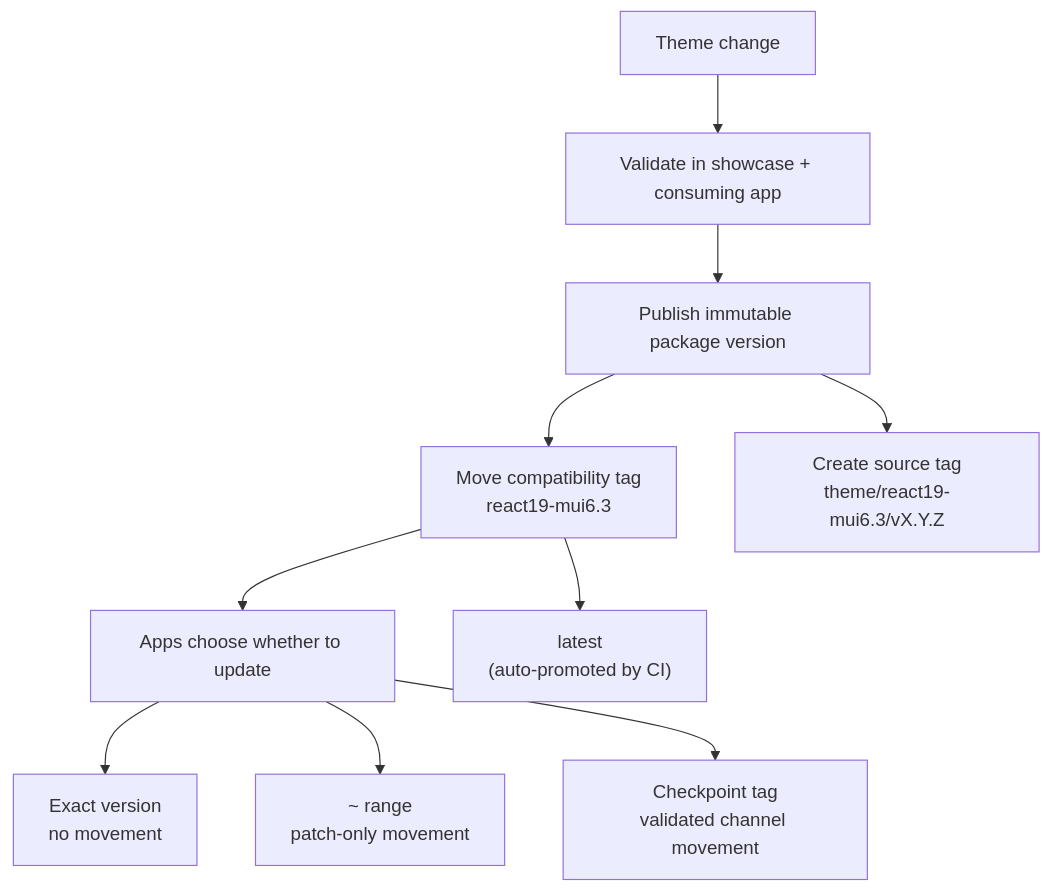
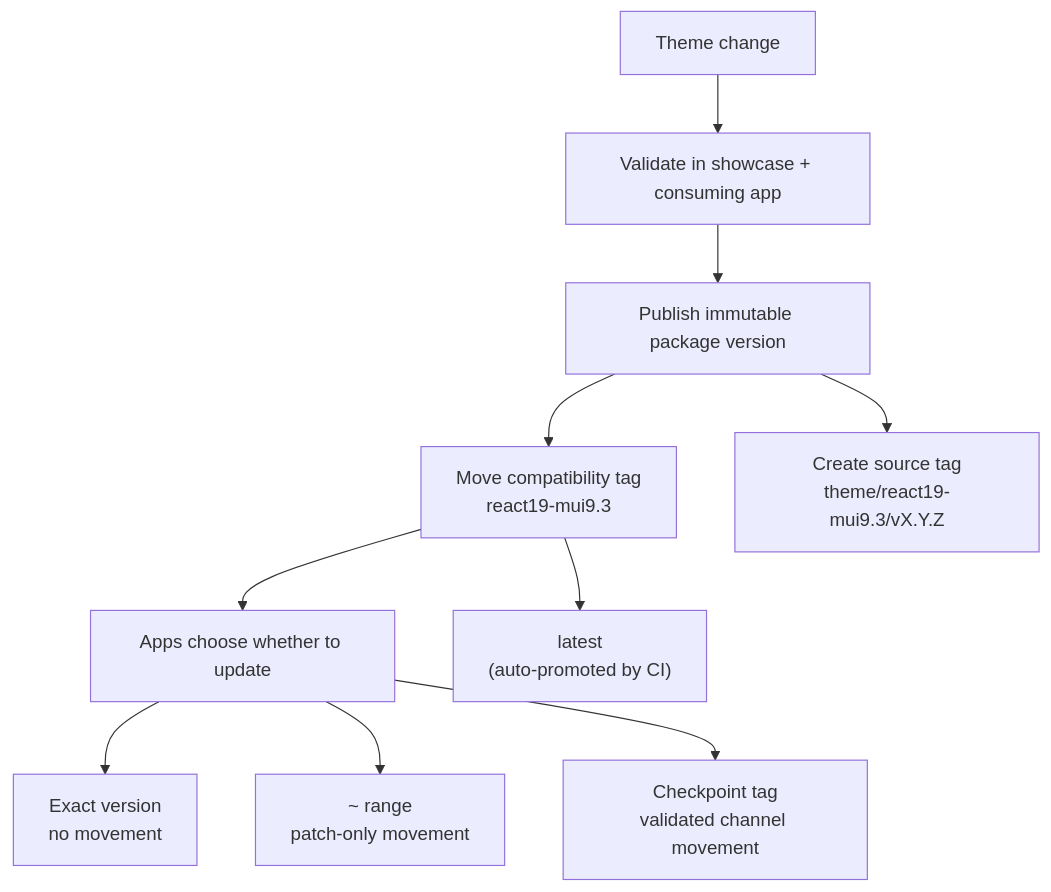
Before and after one commit to inRiver/inflow-react: the first of 2 diagrams in docs/VERSIONING.md, drawn with Mermaid. The commit also changed other lines of this file and 6 other files, not shown here.

````diff
--- a/docs/VERSIONING.md
+++ b/docs/VERSIONING.md
@@ -10,12 +10,12 @@
 ```mermaid
 flowchart TB
   Change["Theme change"] --> Validate["Validate in showcase + consuming app"]
   Validate --> Version["Publish immutable package version"]
-  Version --> Checkpoint["Move compatibility tag\nreact19-mui6.3"]
-  Version --> SourceTag["Create source tag\ntheme/react19-mui6.3/vX.Y.Z"]
+  Version --> Checkpoint["Move compatibility tag\nreact19-mui9.3"]
+  Version --> SourceTag["Create source tag\ntheme/react19-mui9.3/vX.Y.Z"]
   Checkpoint --> Apps["Apps choose whether to update"]
   Apps --> Freeze["Exact version\nno movement"]
   Apps --> Patch["~ range\npatch-only movement"]
   Apps --> Channel["Checkpoint tag\nvalidated channel movement"]
   Checkpoint --> Latest["latest\n(auto-promoted by CI)"]
 ```
````
